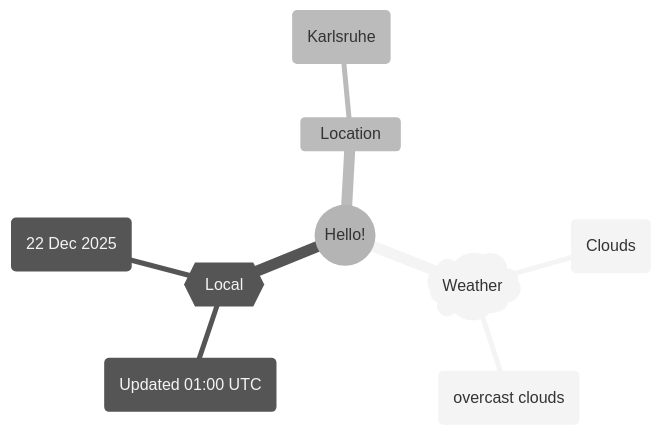
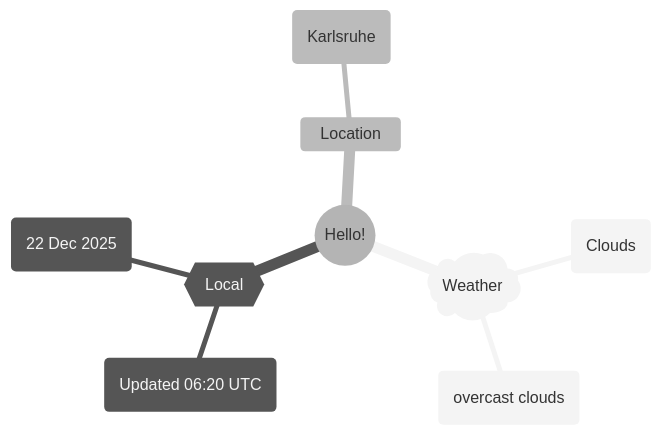
Before and after one commit to Xosrov/Xosrov: the first of 2 diagrams in README.md, drawn with Mermaid (neutral theme).

Commit message:
[bot] updated images

````diff
--- a/README.md
+++ b/README.md
@@ -3,12 +3,12 @@
 ```mermaid
 mindmap
   root((Hello!))
     )Weather(
         (Clouds)
         (overcast clouds)
     {{Local}}
-        (Updated 01:00 UTC)
+        (Updated 06:20 UTC)
         (22 Dec 2025)
     Location
         (Karlsruhe)
 ```
````
